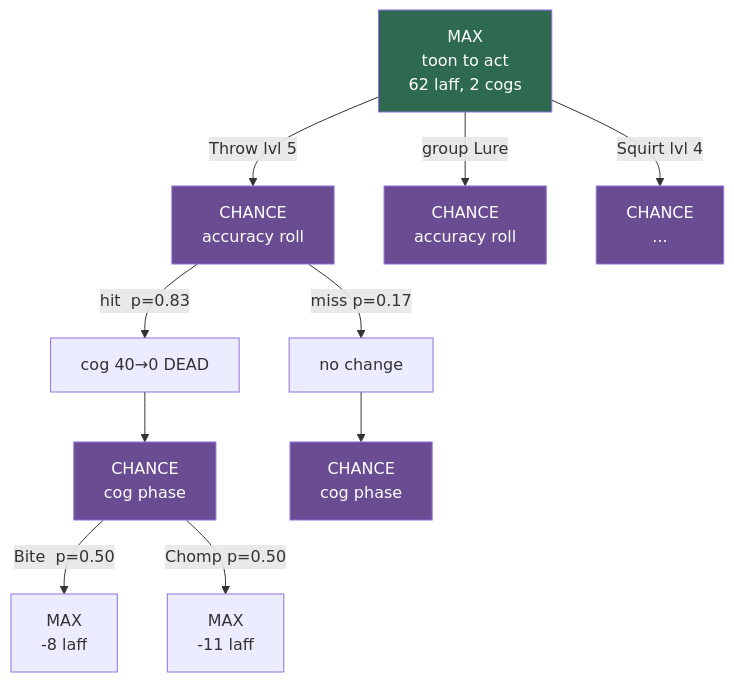
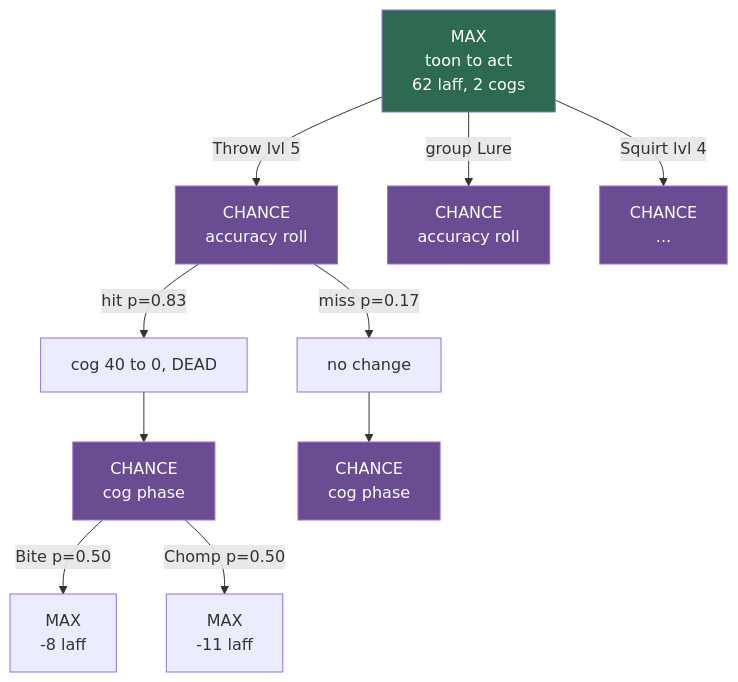
One commit to Angle-Brackets/TTRSolver changed the first of 5 diagrams in README.md. Above: the diagram before and after it, drawn with Mermaid. The commit also changed other lines of this file, not shown here.

First line of the commit message:
README: document both agents, and fix the diagram that would not render

````diff
--- a/README.md
+++ b/README.md
@@ -106,24 +106,24 @@
 ```mermaid
 graph TD
     S["MAX<br/>toon to act<br/>62 laff, 2 cogs"]
 
     S -->|"Throw lvl 5"| A["CHANCE<br/>accuracy roll"]
     S -->|"group Lure"| B["CHANCE<br/>accuracy roll"]
     S -->|"Squirt lvl 4"| C["CHANCE<br/>..."]
 
-    A -->|"hit&nbsp;&nbsp;p=0.83"| A1["cog 40→0 DEAD"]
+    A -->|"hit  p=0.83"| A1["cog 40 to 0, DEAD"]
     A -->|"miss p=0.17"| A2["no change"]
 
     A1 --> D["CHANCE<br/>cog phase"]
     A2 --> E["CHANCE<br/>cog phase"]
 
-    D -->|"Bite&nbsp;&nbsp;p=0.50"| D1["MAX<br/>-8 laff"]
+    D -->|"Bite  p=0.50"| D1["MAX<br/>-8 laff"]
     D -->|"Chomp p=0.50"| D2["MAX<br/>-11 laff"]
 
     style S fill:#2d6a4f,color:#fff
     style A fill:#6a4c93,color:#fff
     style B fill:#6a4c93,color:#fff
     style C fill:#6a4c93,color:#fff
     style D fill:#6a4c93,color:#fff
     style E fill:#6a4c93,color:#fff
 ```
````
